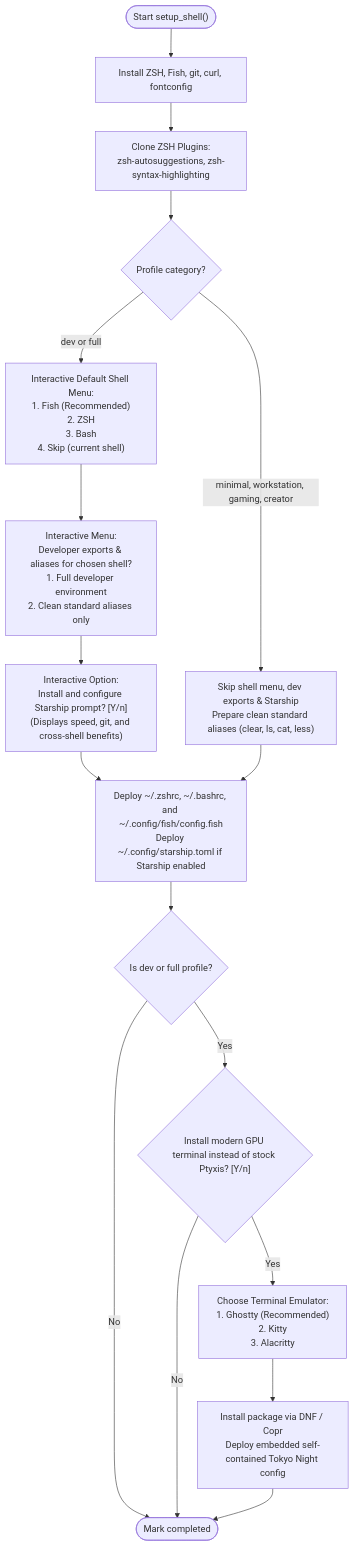
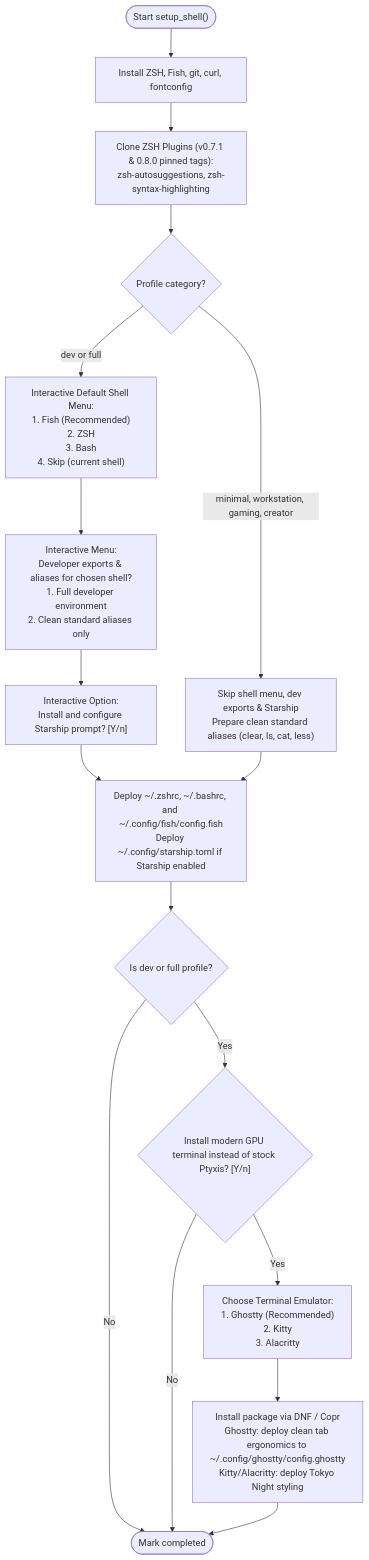
The sixth of 21 diagrams in PSEUDOCODE.md (kk376/fedora-post-install), drawn with Mermaid before and after one commit. The commit also changed other lines of this file and 3 other files, not shown here.

Commit message:
docs: synchronize HOW_IT_WORKS and PSEUDOCODE with v8.0.0 architecture

````diff
--- a/PSEUDOCODE.md
+++ b/PSEUDOCODE.md
@@ -224,20 +194,20 @@
 ```mermaid
 flowchart TD
     StartShell(["Start setup_shell()"]) --> InstallShellPkgs["Install ZSH, Fish, git, curl, fontconfig"]
-    InstallShellPkgs --> ClonePlugins["Clone ZSH Plugins:<br/>zsh-autosuggestions, zsh-syntax-highlighting"]
+    InstallShellPkgs --> ClonePlugins["Clone ZSH Plugins (v0.7.1 & 0.8.0 pinned tags):<br/>zsh-autosuggestions, zsh-syntax-highlighting"]
     ClonePlugins --> CheckShellProfile{"Profile category?"}
     
     CheckShellProfile -->|"dev or full"| ShellMenuPrompt["Interactive Default Shell Menu:<br/>1. Fish (Recommended)<br/>2. ZSH<br/>3. Bash<br/>4. Skip (current shell)"]
     ShellMenuPrompt --> DevEnvPrompt["Interactive Menu:<br/>Developer exports & aliases for chosen shell?<br/>1. Full developer environment<br/>2. Clean standard aliases only"]
-    DevEnvPrompt --> StarshipPrompt["Interactive Option:<br/>Install and configure Starship prompt? [Y/n]<br/>(Displays speed, git, and cross-shell benefits)"] --> DeployConfigs
+    DevEnvPrompt --> StarshipPrompt["Interactive Option:<br/>Install and configure Starship prompt? [Y/n]"] --> DeployConfigs
     CheckShellProfile -->|"minimal, workstation, gaming, creator"| StdAliasesOnly["Skip shell menu, dev exports & Starship<br/>Prepare clean standard aliases (clear, ls, cat, less)"] --> DeployConfigs
 
     DeployConfigs["Deploy ~/.zshrc, ~/.bashrc, and ~/.config/fish/config.fish<br/>Deploy ~/.config/starship.toml if Starship enabled"] --> CheckTermProfile{"Is dev or full profile?"}
 
     CheckTermProfile -- No --> EndShell(["Mark completed"])
     CheckTermProfile -- Yes --> TerminalPrompt{"Install modern GPU terminal instead of stock Ptyxis? [Y/n]"}
     
     TerminalPrompt -- No --> EndShell
     TerminalPrompt -- Yes --> ChooseTerminal["Choose Terminal Emulator:<br/>1. Ghostty (Recommended)<br/>2. Kitty<br/>3. Alacritty"]
-    ChooseTerminal --> InstallAndDeployTerm["Install package via DNF / Copr<br/>Deploy embedded self-contained Tokyo Night config"] --> EndShell
+    ChooseTerminal --> InstallAndDeployTerm["Install package via DNF / Copr<br/>Ghostty: deploy clean tab ergonomics to ~/.config/ghostty/config.ghostty<br/>Kitty/Alacritty: deploy Tokyo Night styling"] --> EndShell
 ```
````
